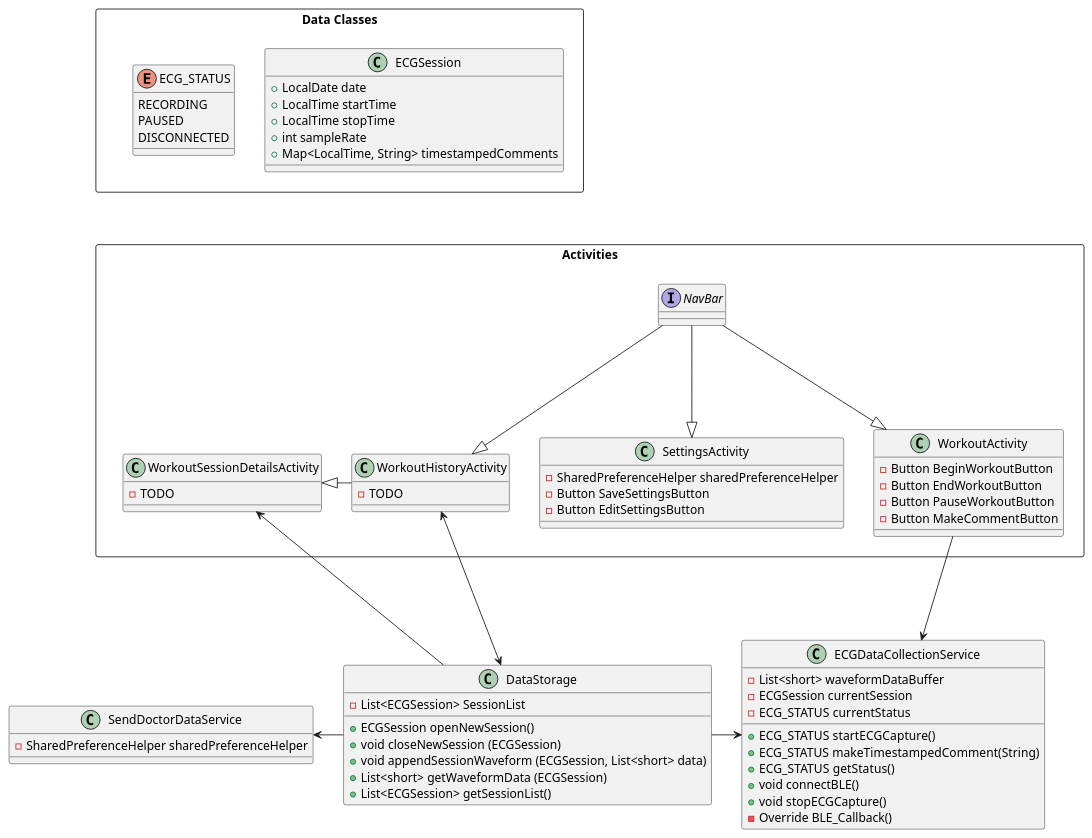
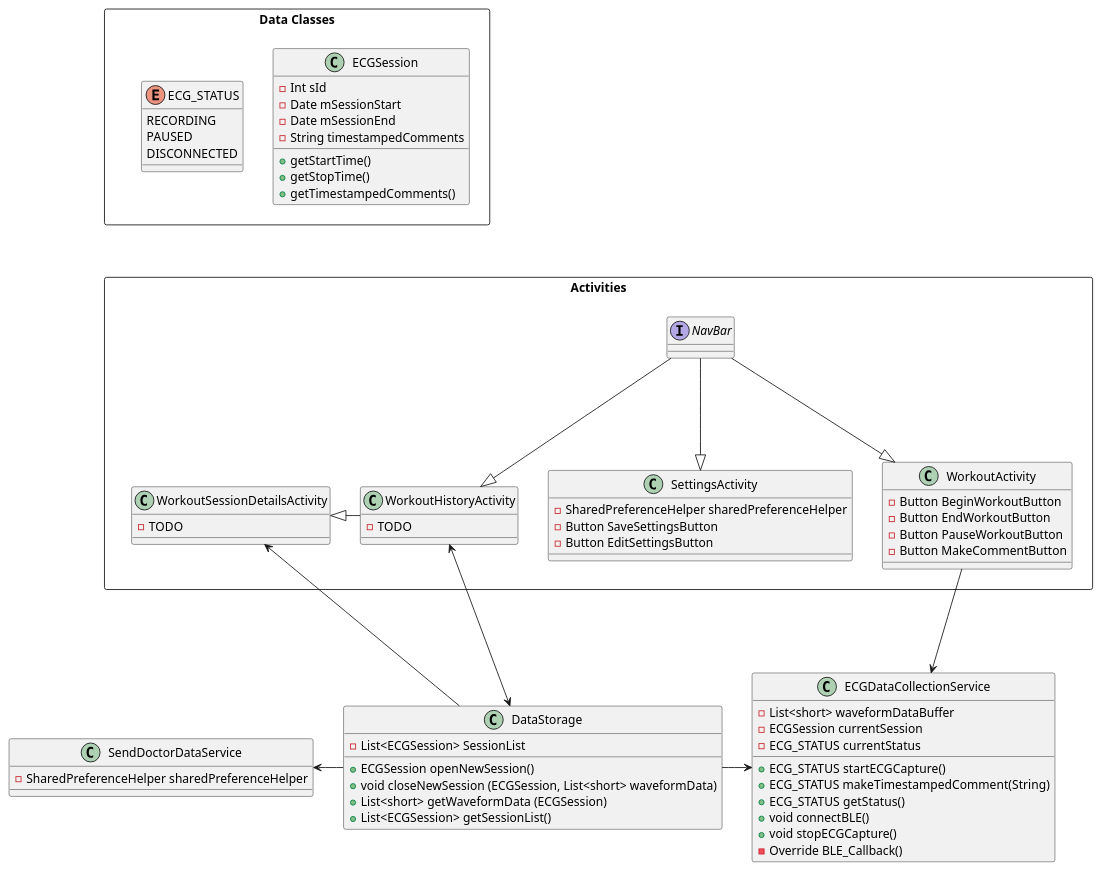
The diagram in app/src/main/java/com/elec390/teamb/ecg/Class_UML.puml (Jamie-uni/ECG-ELEC390), drawn with PlantUML before and after one commit. The commit also changed 18 other files, not shown here.

```diff
--- a/app/src/main/java/com/elec390/teamb/ecg/Class_UML.puml
+++ b/app/src/main/java/com/elec390/teamb/ecg/Class_UML.puml
@@ -1,82 +1,83 @@
 @startuml
 package "Activities" <<rectangle>>  {
     class WorkoutActivity{
         -Button BeginWorkoutButton
         -Button EndWorkoutButton
         -Button PauseWorkoutButton
         -Button MakeCommentButton
 
     }
 
     class WorkoutHistoryActivity{
         -TODO
     }
     class WorkoutSessionDetailsActivity{
         -TODO
     }
     class SettingsActivity{
         - SharedPreferenceHelper sharedPreferenceHelper
         - Button SaveSettingsButton
         - Button EditSettingsButton
 
     }
     interface NavBar
 }
 
 together {
     class ECGDataCollectionService{
         + ECG_STATUS startECGCapture()
         + ECG_STATUS makeTimestampedComment(String)
         + ECG_STATUS getStatus()
         + void connectBLE()
         + void stopECGCapture()
         - Override BLE_Callback()
         - List<short> waveformDataBuffer
         - ECGSession currentSession
         - ECG_STATUS currentStatus
     }
 
     class DataStorage{
         + ECGSession openNewSession()
-        + void closeNewSession (ECGSession)
-        + void appendSessionWaveform (ECGSession, List<short> data)
+        + void closeNewSession (ECGSession, List<short> waveformData)
         + List<short> getWaveformData (ECGSession)
         + List<ECGSession> getSessionList()
 
         - List<ECGSession> SessionList
     }
 
 
 
     class SendDoctorDataService{
         - SharedPreferenceHelper sharedPreferenceHelper
     }
 }
 package "Data Classes" <<rectangle>>{
     class ECGSession{
-        + LocalDate date
-        + LocalTime startTime
-        + LocalTime stopTime
-        + int sampleRate
-        + Map<LocalTime, String> timestampedComments
+        - Int sId
+        - Date mSessionStart
+        - Date mSessionEnd
+        - String timestampedComments
+        + getStartTime()
+        + getStopTime()
+        + getTimestampedComments()
     }
 
     Enum ECG_STATUS {
         RECORDING
         PAUSED
         DISCONNECTED
     }
 }
 NavBar ---|> WorkoutHistoryActivity
 NavBar ---|> WorkoutActivity
 NavBar ---|> SettingsActivity
 "Data Classes" -[hidden]-- Activities
 SettingsActivity -[hidden]-- DataStorage
 WorkoutHistoryActivity -|> WorkoutSessionDetailsActivity
 WorkoutActivity ---> ECGDataCollectionService
 SendDoctorDataService <- DataStorage
 DataStorage ->  ECGDataCollectionService
 WorkoutHistoryActivity <---> DataStorage
 WorkoutSessionDetailsActivity <--- DataStorage
 
 @enduml
```
